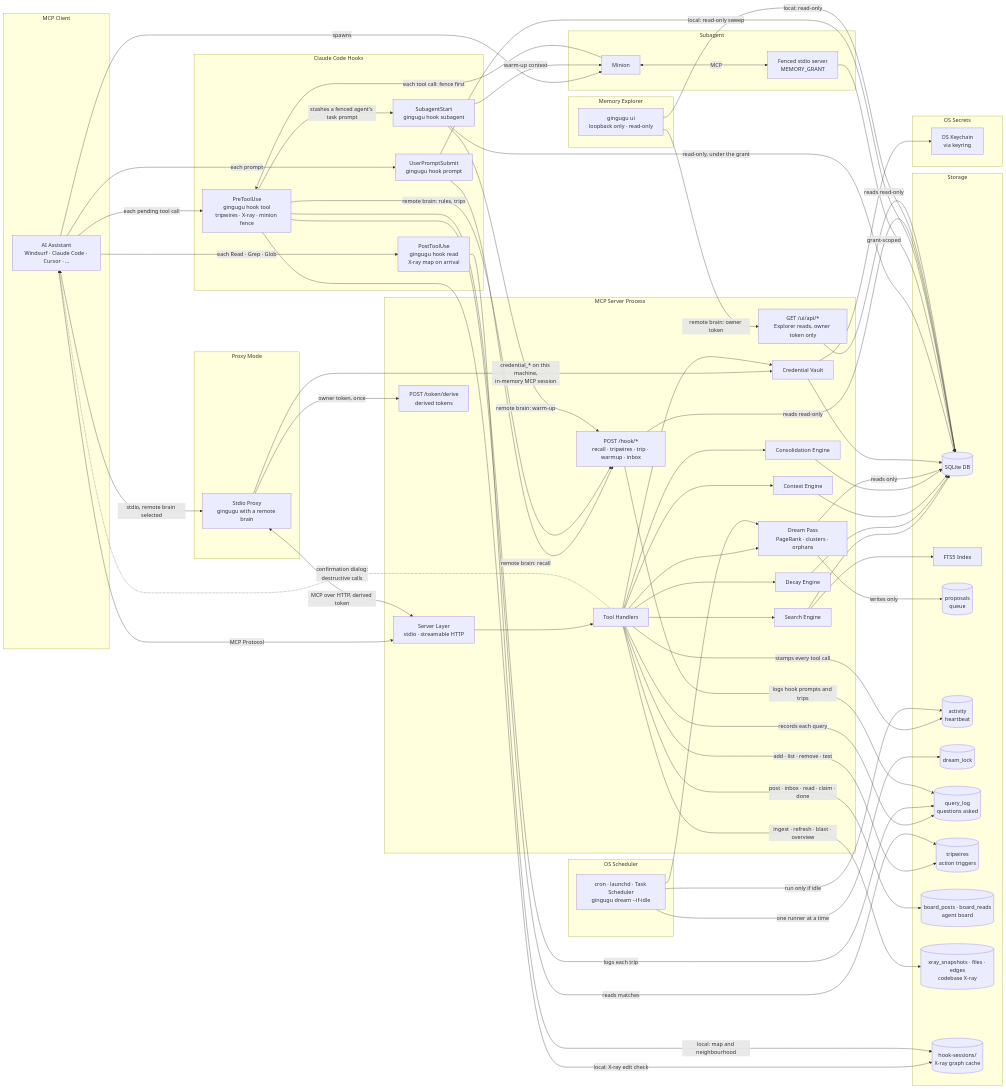
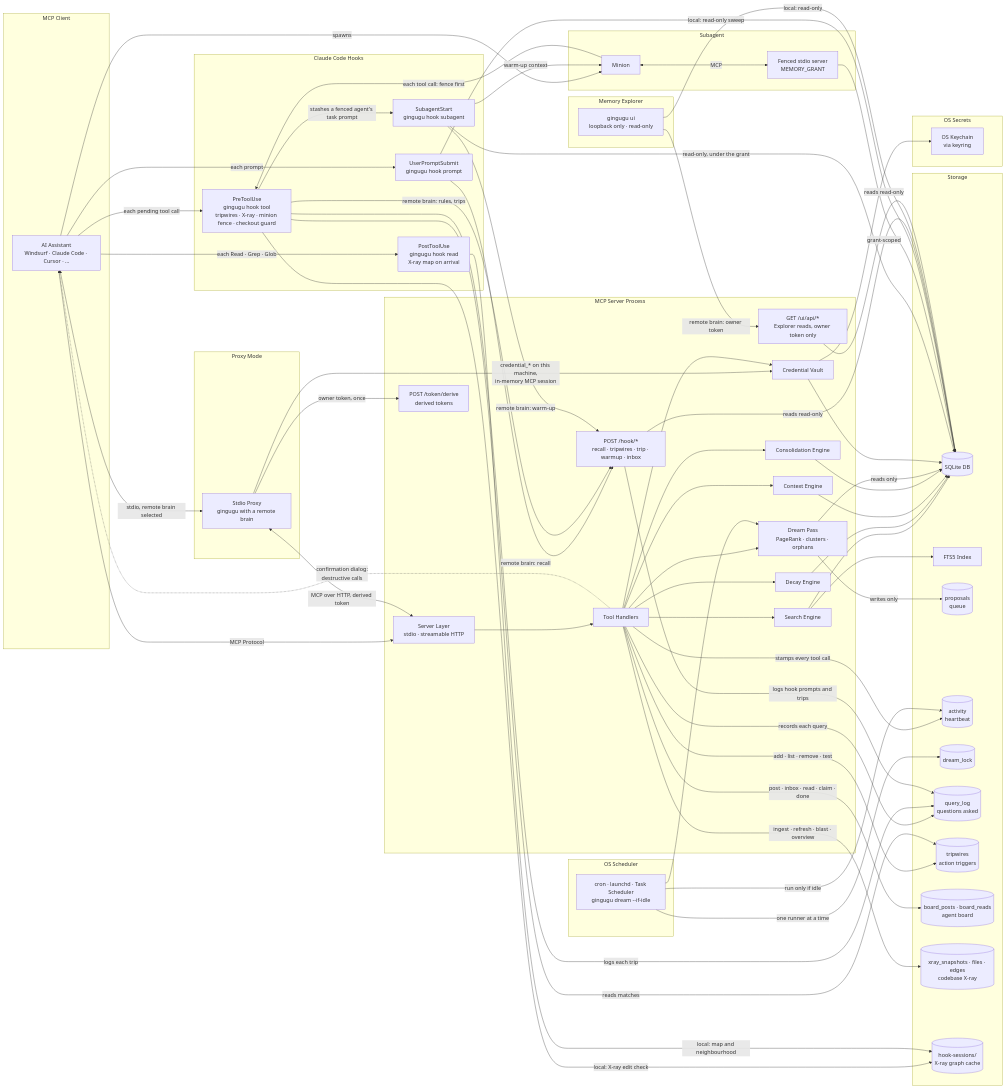
Before and after one commit to gingugu/gingugu: the first of 2 diagrams in docs/architecture.md, drawn with Mermaid. The commit also changed other lines of this file and 9 other files, not shown here.

First line of the commit message:
fix: checkout guard closes review gaps; docs match the code

```diff
--- a/docs/architecture.md
+++ b/docs/architecture.md
@@ -66,7 +66,7 @@
 
     subgraph Claude Code Hooks
         PH[UserPromptSubmit<br/>gingugu hook prompt]
-        Y[PreToolUse<br/>gingugu hook tool<br/>tripwires · X-ray · minion fence]
+        Y[PreToolUse<br/>gingugu hook tool<br/>tripwires · X-ray · minion fence · checkout guard]
         PO[PostToolUse<br/>gingugu hook read<br/>X-ray map on arrival]
         Z[SubagentStart<br/>gingugu hook subagent]
     end
```
